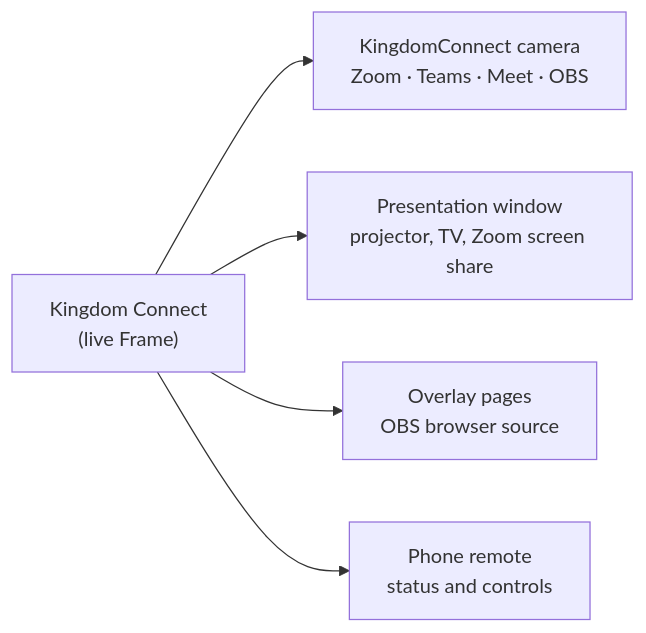
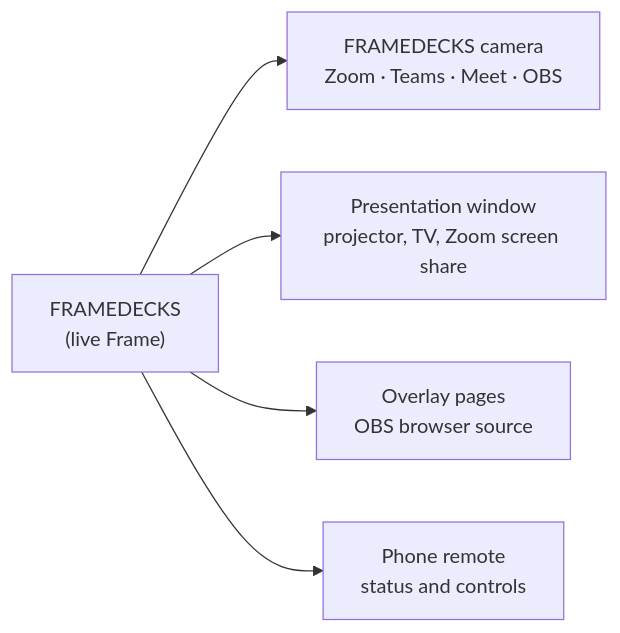
Before and after one commit to mshobin/FrameDecks: the diagram in docs/presentations.md, drawn with Mermaid. The commit also changed other lines of this file and 151 other files, not shown here.

````diff
--- a/docs/presentations.md
+++ b/docs/presentations.md
@@ -30,7 +30,7 @@
 ```mermaid
 flowchart LR
-  K["Kingdom Connect<br/>(live Frame)"] --> CAM["KingdomConnect camera<br/>Zoom · Teams · Meet · OBS"]
+  K["FRAMEDECKS<br/>(live Frame)"] --> CAM["FRAMEDECKS camera<br/>Zoom · Teams · Meet · OBS"]
   K --> PW["Presentation window<br/>projector, TV, Zoom screen share"]
   K --> OV["Overlay pages<br/>OBS browser source"]
   K --> PH["Phone remote<br/>status and controls"]
 ```
````
